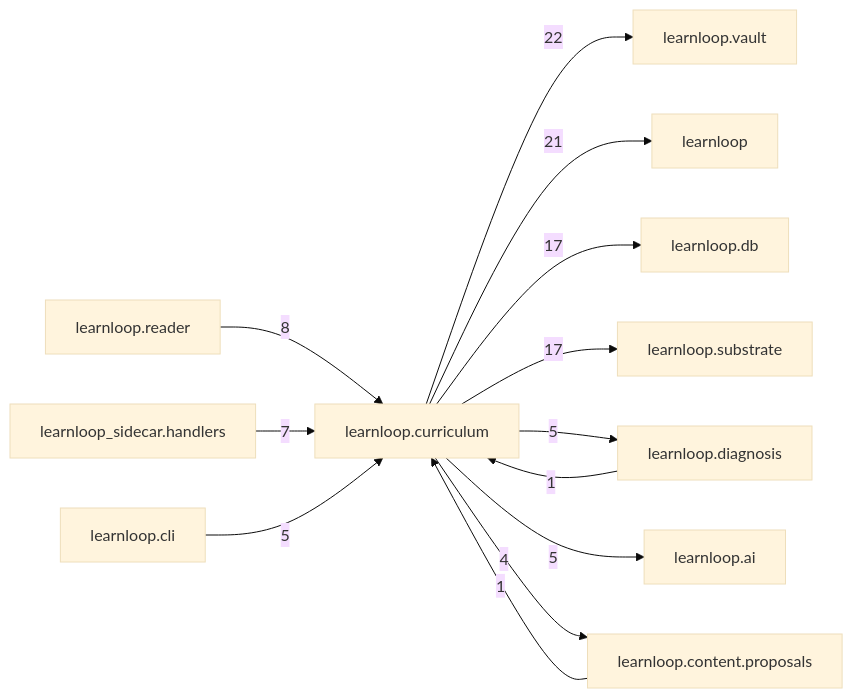
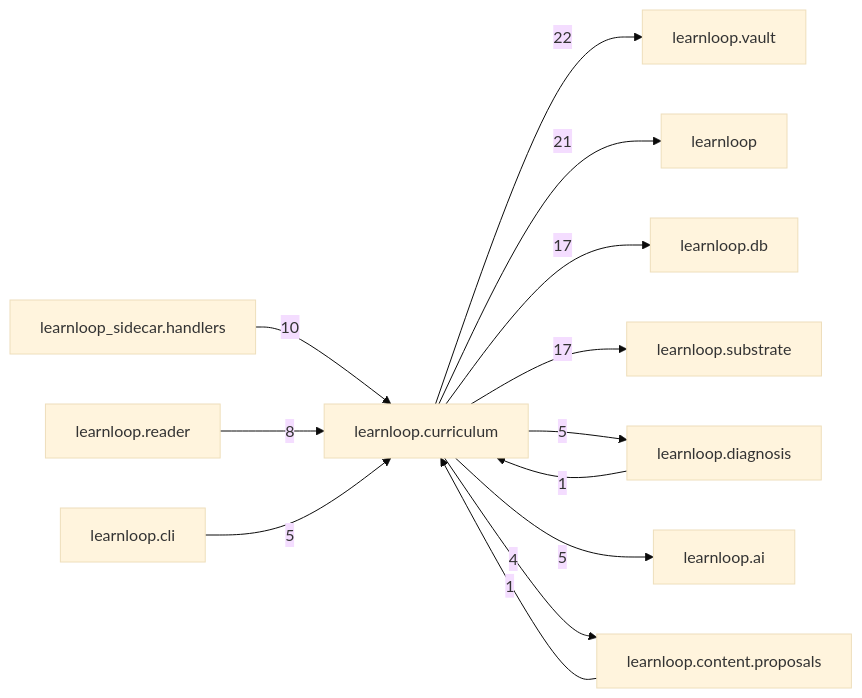
One commit to 6up-b/learnanything changed the diagram in docs/learnloop-architecture-vault/Reference/Modules/learnloop/curriculum/_package.md. Above: the diagram before and after it, drawn with Mermaid (base theme). The commit also changed other lines of this file and 84 other files, not shown here.

````diff
--- a/docs/learnloop-architecture-vault/Reference/Modules/learnloop/curriculum/_package.md
+++ b/docs/learnloop-architecture-vault/Reference/Modules/learnloop/curriculum/_package.md
@@ -130,26 +130,26 @@
 ```mermaid
 flowchart LR
     center["learnloop.curriculum"]
     n_learnloop_vault["learnloop.vault"]
     n_learnloop["learnloop"]
     n_learnloop_db["learnloop.db"]
     n_learnloop_substrate["learnloop.substrate"]
+    n_learnloop_sidecar_handlers["learnloop_sidecar.handlers"]
     n_learnloop_reader["learnloop.reader"]
-    n_learnloop_sidecar_handlers["learnloop_sidecar.handlers"]
     n_learnloop_diagnosis["learnloop.diagnosis"]
     n_learnloop_ai["learnloop.ai"]
     n_learnloop_cli["learnloop.cli"]
     n_learnloop_content_proposals["learnloop.content.proposals"]
     center -->|22| n_learnloop_vault
     center -->|21| n_learnloop
     center -->|17| n_learnloop_db
     center -->|17| n_learnloop_substrate
+    n_learnloop_sidecar_handlers -->|10| center
     n_learnloop_reader -->|8| center
-    n_learnloop_sidecar_handlers -->|7| center
     n_learnloop_diagnosis -->|1| center
     center -->|5| n_learnloop_diagnosis
     center -->|5| n_learnloop_ai
     n_learnloop_cli -->|5| center
     n_learnloop_content_proposals -->|1| center
     center -->|4| n_learnloop_content_proposals
 ```
````
